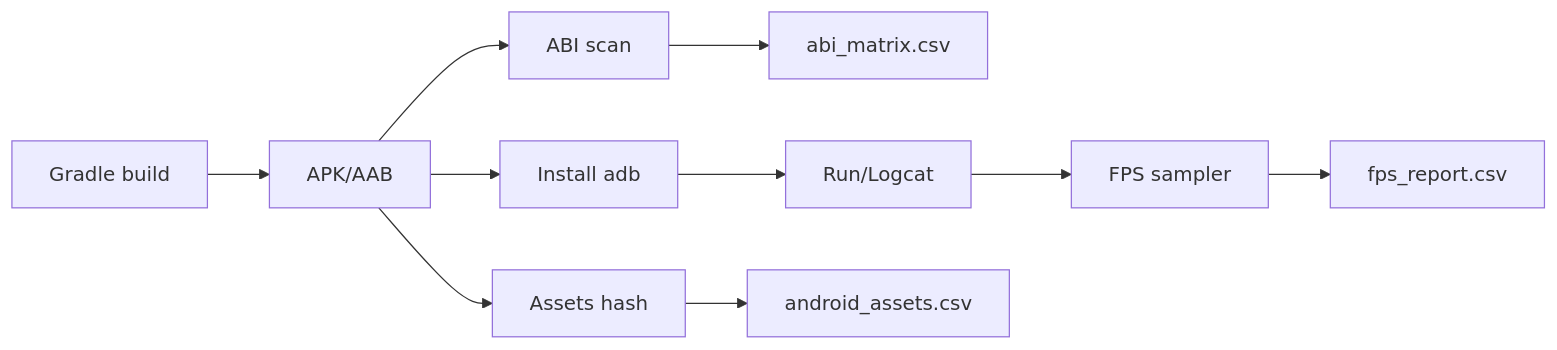
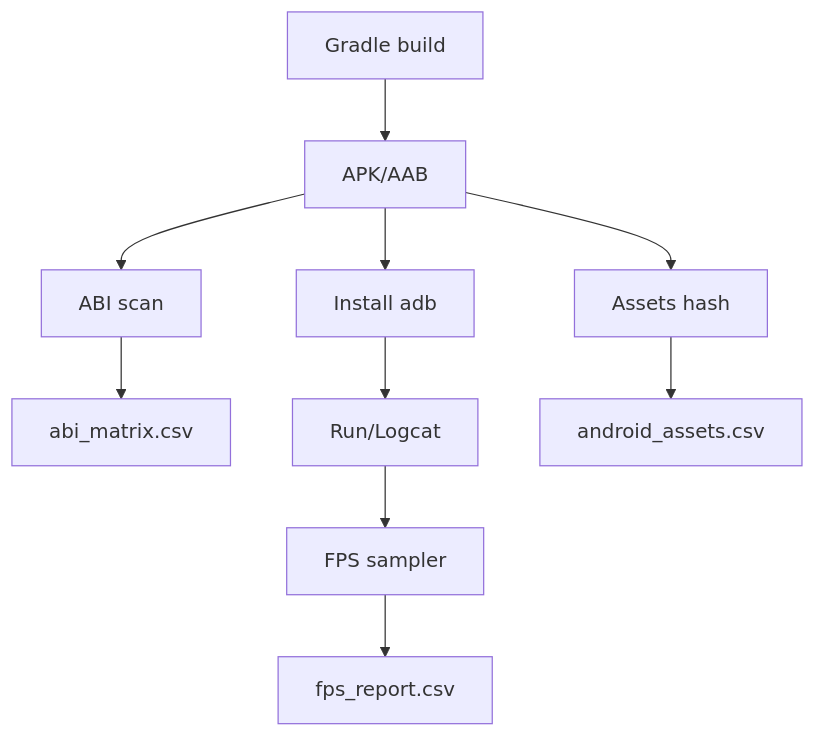
The first of 2 diagrams in docs/authoring/_sources/chapter_14_android_docs_export_kit_authoring_agent_ready.md (lukaszj321/otcv8-dev), drawn with Mermaid before and after one commit.

Commit message:
Update pipeline diagram format to TD layout

````diff
--- a/docs/authoring/_sources/chapter_14_android_docs_export_kit_authoring_agent_ready.md
+++ b/docs/authoring/_sources/chapter_14_android_docs_export_kit_authoring_agent_ready.md
@@ -286,12 +286,12 @@
-```{mermaid}
-graph LR
-  A[Gradle build] --> B[APK/AAB]
-  B --> C[ABI scan]
-  C --> D[abi_matrix.csv]
-  B --> E[Install adb]
-  E --> F[Run/Logcat]
-  F --> G[FPS sampler]
-  G --> H[fps_report.csv]
-  B --> I[Assets hash]
-  I --> J[android_assets.csv]
+```mermaid
+graph TD
+A[Gradle build]-->B[APK/AAB]
+B-->C[ABI scan]
+C-->D[abi_matrix.csv]
+B-->E[Install adb]
+E-->F[Run/Logcat]
+F-->G[FPS sampler]
+G-->H[fps_report.csv]
+B-->I[Assets hash]
+I-->J[android_assets.csv]
 ```
````
